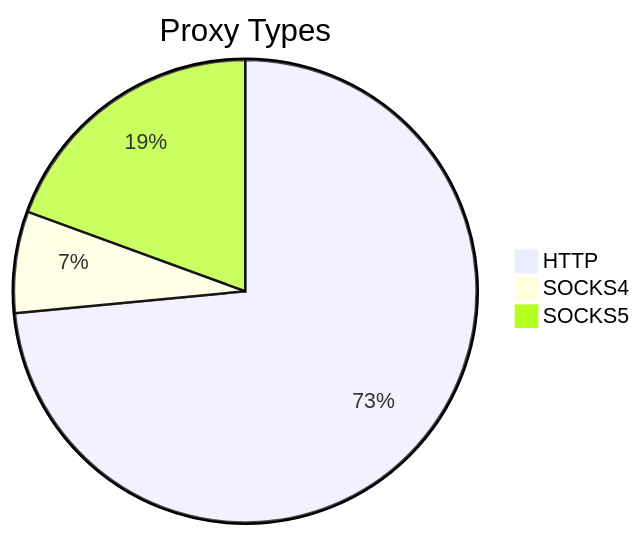
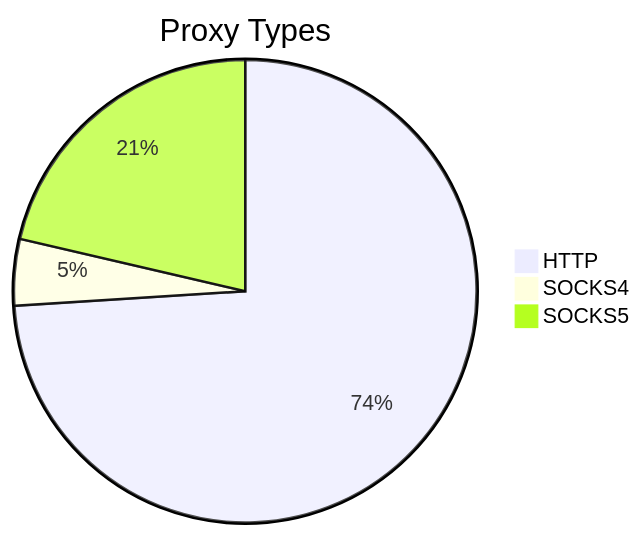
The first of 2 diagrams in README.md (stormsia/proxy-list), drawn with Mermaid before and after one commit. The commit also changed other lines of this file, not shown here.

````diff
--- a/README.md
+++ b/README.md
@@ -21,6 +21,6 @@
 ```mermaid
 pie title Proxy Types
-    "HTTP" : 280
-    "SOCKS4" : 27
-    "SOCKS5" : 74
+    "HTTP" : 239
+    "SOCKS4" : 15
+    "SOCKS5" : 69
 ```
````
